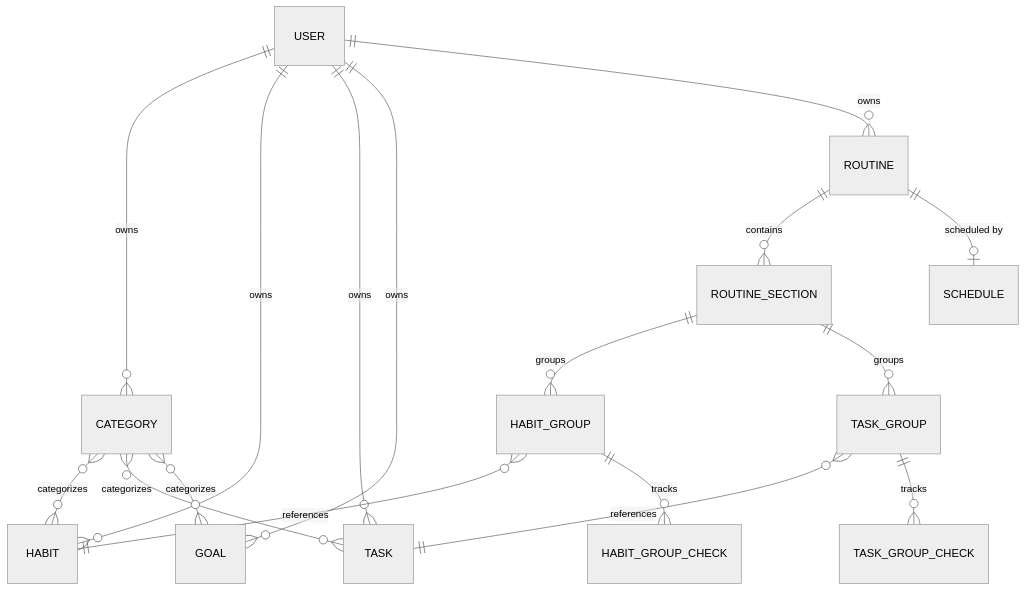
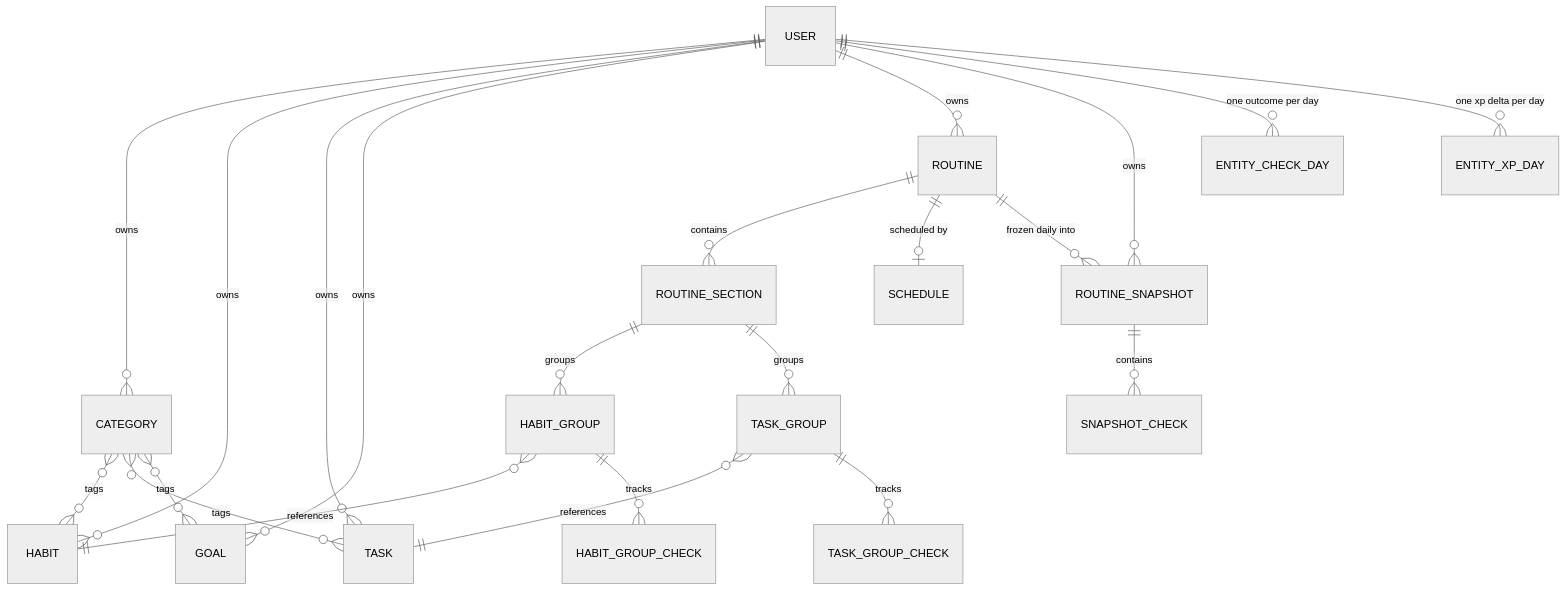
The diagram in architecture/domain-model/diagram.mmd (AndDev741/Beyou-arch-design), drawn with Mermaid (neutral theme) before and after one commit. The commit also changed 3 other files, not shown here.

First line of the commit message:
docs(architecture): bring the domain model up to the real entity set

```diff
--- a/architecture/domain-model/diagram.mmd
+++ b/architecture/domain-model/diagram.mmd
@@ -1,22 +1,29 @@
 erDiagram
   USER ||--o{ CATEGORY : owns
   USER ||--o{ HABIT : owns
   USER ||--o{ TASK : owns
   USER ||--o{ GOAL : owns
   USER ||--o{ ROUTINE : owns
+  USER ||--o{ ROUTINE_SNAPSHOT : owns
 
-  CATEGORY }o--o{ HABIT : categorizes
-  CATEGORY }o--o{ TASK : categorizes
-  CATEGORY }o--o{ GOAL : categorizes
+  CATEGORY }o--o{ HABIT : tags
+  CATEGORY }o--o{ TASK : tags
+  CATEGORY }o--o{ GOAL : tags
 
   ROUTINE ||--o{ ROUTINE_SECTION : contains
   ROUTINE ||--o| SCHEDULE : "scheduled by"
+  ROUTINE ||--o{ ROUTINE_SNAPSHOT : "frozen daily into"
 
   ROUTINE_SECTION ||--o{ HABIT_GROUP : groups
   ROUTINE_SECTION ||--o{ TASK_GROUP : groups
 
   HABIT_GROUP }o--|| HABIT : references
   TASK_GROUP }o--|| TASK : references
 
   HABIT_GROUP ||--o{ HABIT_GROUP_CHECK : tracks
   TASK_GROUP ||--o{ TASK_GROUP_CHECK : tracks
+
+  ROUTINE_SNAPSHOT ||--o{ SNAPSHOT_CHECK : contains
+
+  USER ||--o{ ENTITY_CHECK_DAY : "one outcome per day"
+  USER ||--o{ ENTITY_XP_DAY : "one xp delta per day"
```
